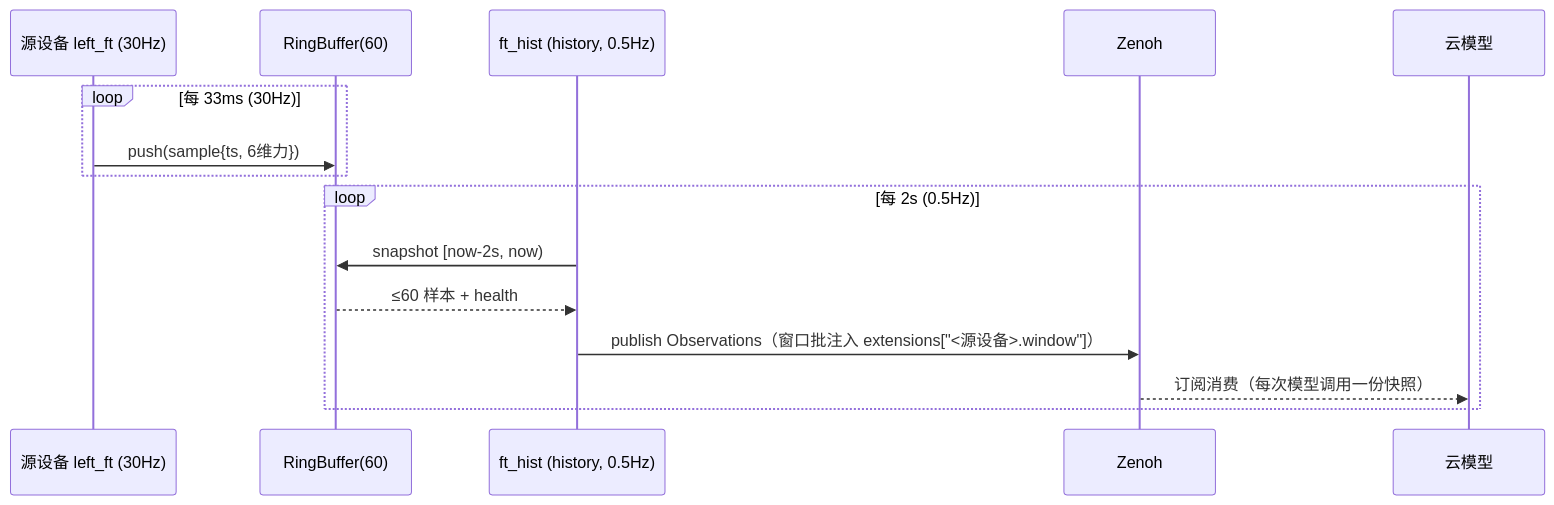
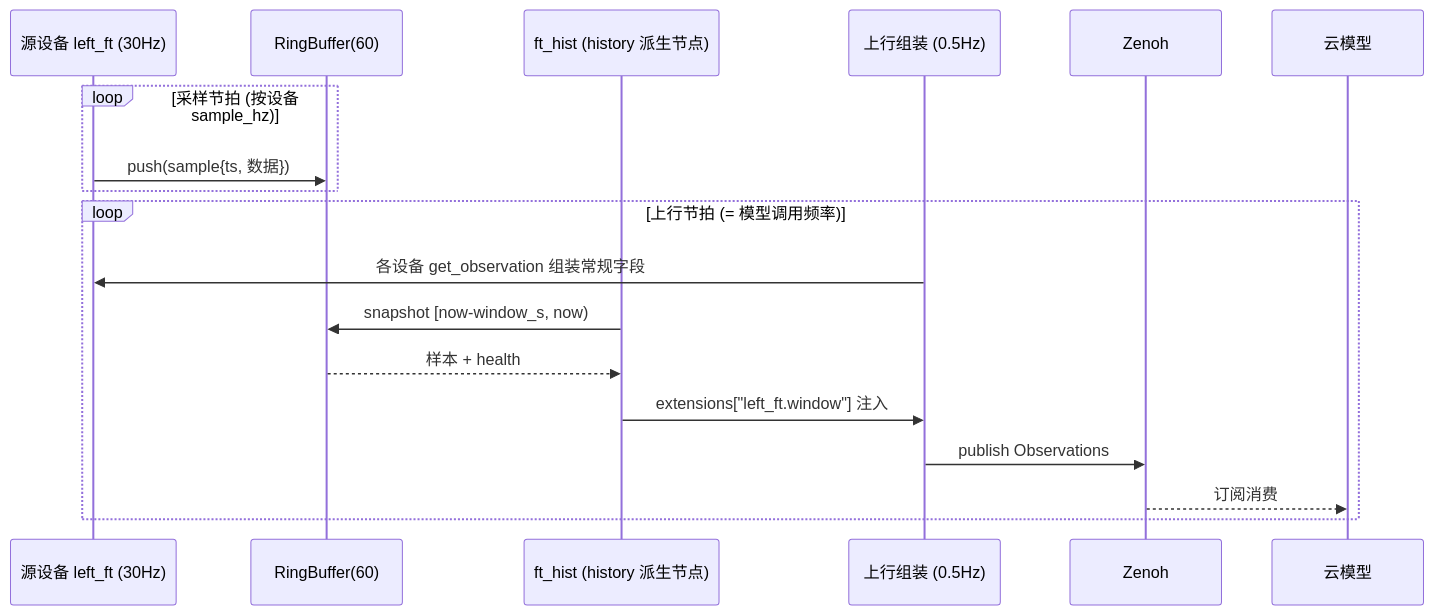
One commit to vincentguiling/cloudrobo-sdk-client changed the diagram in docs/design/r2c-multi-device-tree-design.md. Above: the diagram before and after it, drawn with Mermaid. The commit also changed other lines of this file and 1 other file, not shown here.

````diff
--- a/docs/design/r2c-multi-device-tree-design.md
+++ b/docs/design/r2c-multi-device-tree-design.md
@@ -79,17 +151,20 @@
 ```mermaid
 sequenceDiagram
     participant S as 源设备 left_ft (30Hz)
     participant R as RingBuffer(60)
-    participant H as ft_hist (history, 0.5Hz)
+    participant H as ft_hist (history 派生节点)
+    participant P as 上行组装 (0.5Hz)
     participant Z as Zenoh
     participant C as 云模型
-    loop 每 33ms (30Hz)
-        S->>R: push(sample{ts, 6维力})
+    loop 采样节拍 (按设备 sample_hz)
+        S->>R: push(sample{ts, 数据})
     end
-    loop 每 2s (0.5Hz)
-        H->>R: snapshot [now-2s, now)
-        R-->>H: ≤60 样本 + health
-        H->>Z: publish Observations（窗口批注入 extensions["<源设备>.window"]）
-        Z-->>C: 订阅消费（每次模型调用一份快照）
+    loop 上行节拍 (= 模型调用频率)
+        P->>S: 各设备 get_observation 组装常规字段
+        H->>R: snapshot [now-window_s, now)
+        R-->>H: 样本 + health
+        H->>P: extensions["left_ft.window"] 注入
+        P->>Z: publish Observations
+        Z-->>C: 订阅消费
     end
 ```
````
